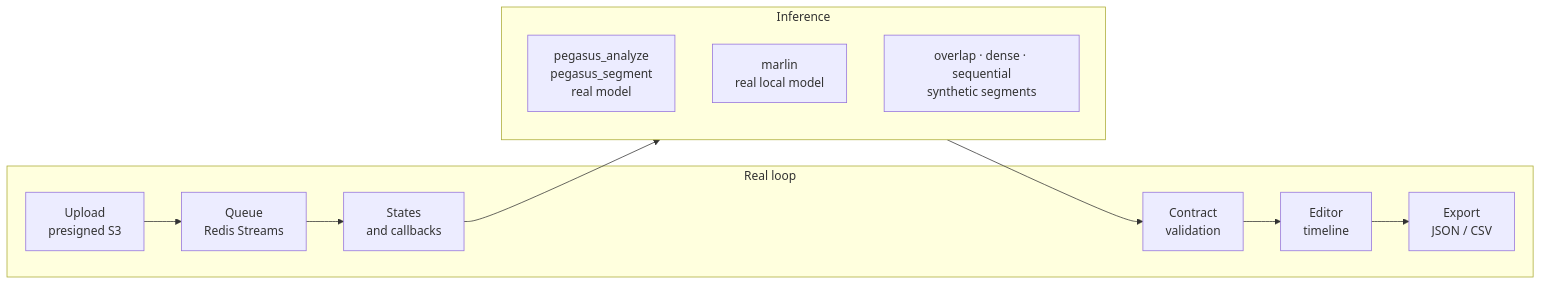
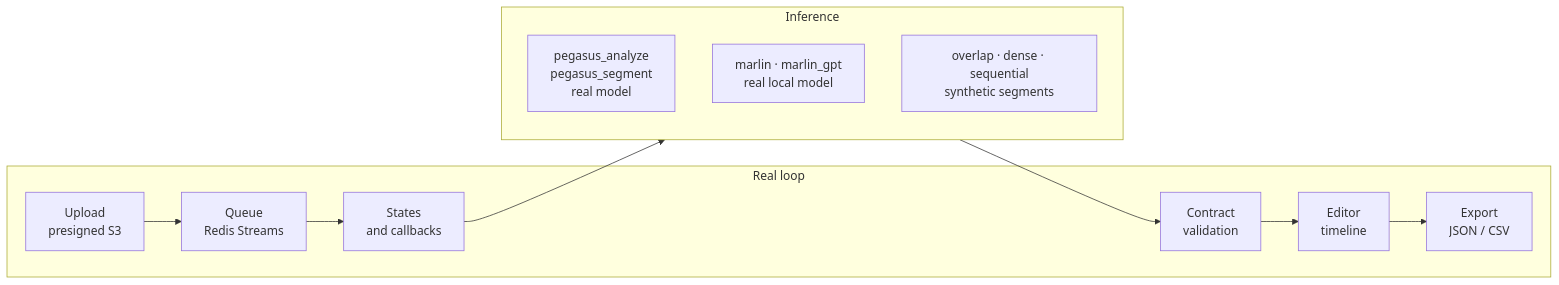
The fifth of 6 diagrams in docs/diagrams.md (sadjava/boundr), drawn with Mermaid before and after one commit. The commit also changed other lines of this file and 29 other files, not shown here.

````diff
--- a/docs/diagrams.md
+++ b/docs/diagrams.md
@@ -134,16 +136,16 @@
 ```mermaid
 flowchart LR
     subgraph GREEN["Real loop"]
         A["Upload<br/>presigned S3"] --> B["Queue<br/>Redis Streams"]
         B --> C["States<br/>and callbacks"]
         E["Contract<br/>validation"] --> F["Editor<br/>timeline"]
         F --> G["Export<br/>JSON / CSV"]
     end
     subgraph INF["Inference"]
         D1["pegasus_analyze<br/>pegasus_segment<br/>real model"]
-        D2["marlin<br/>real local model"]
+        D2["marlin · marlin_gpt<br/>real local model"]
         D3["overlap · dense · sequential<br/>synthetic segments"]
     end
     C --> INF --> E
 
 ```
````
